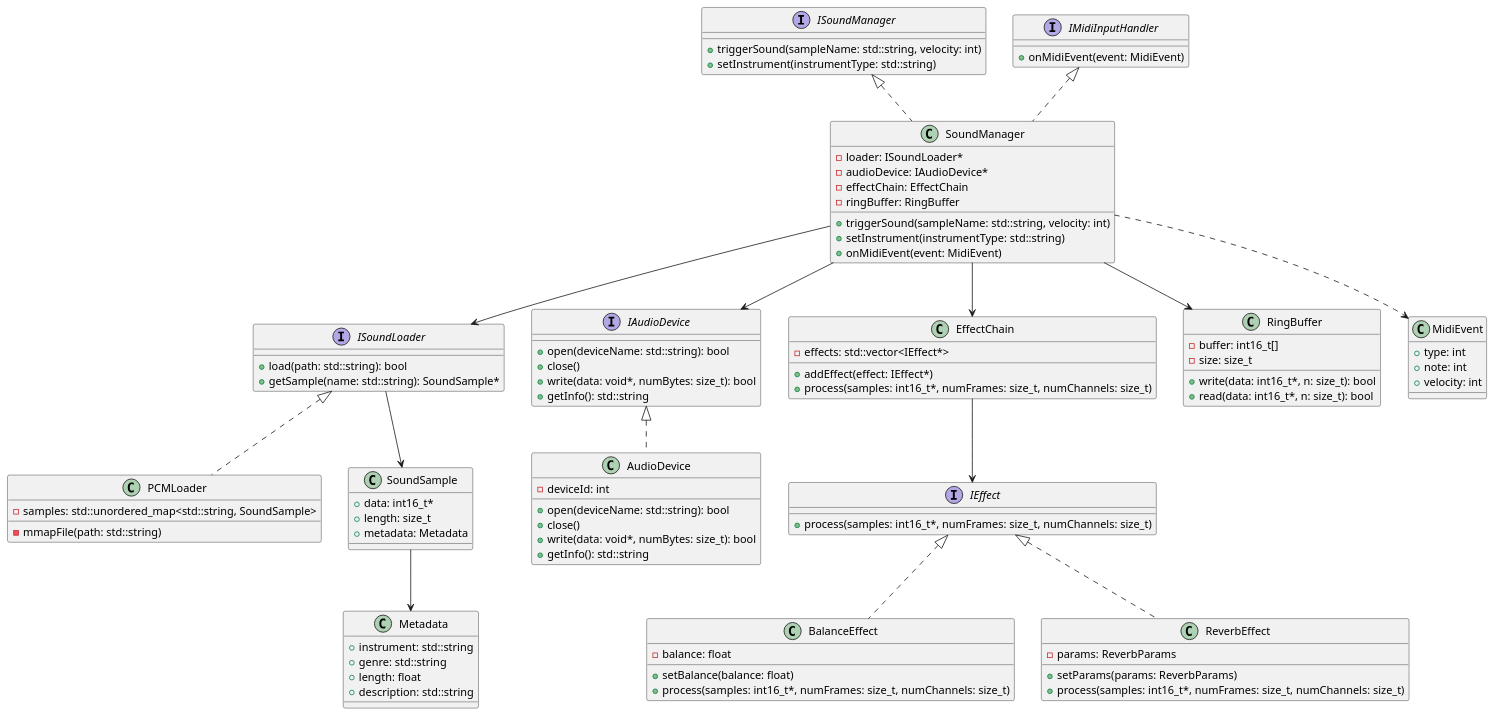
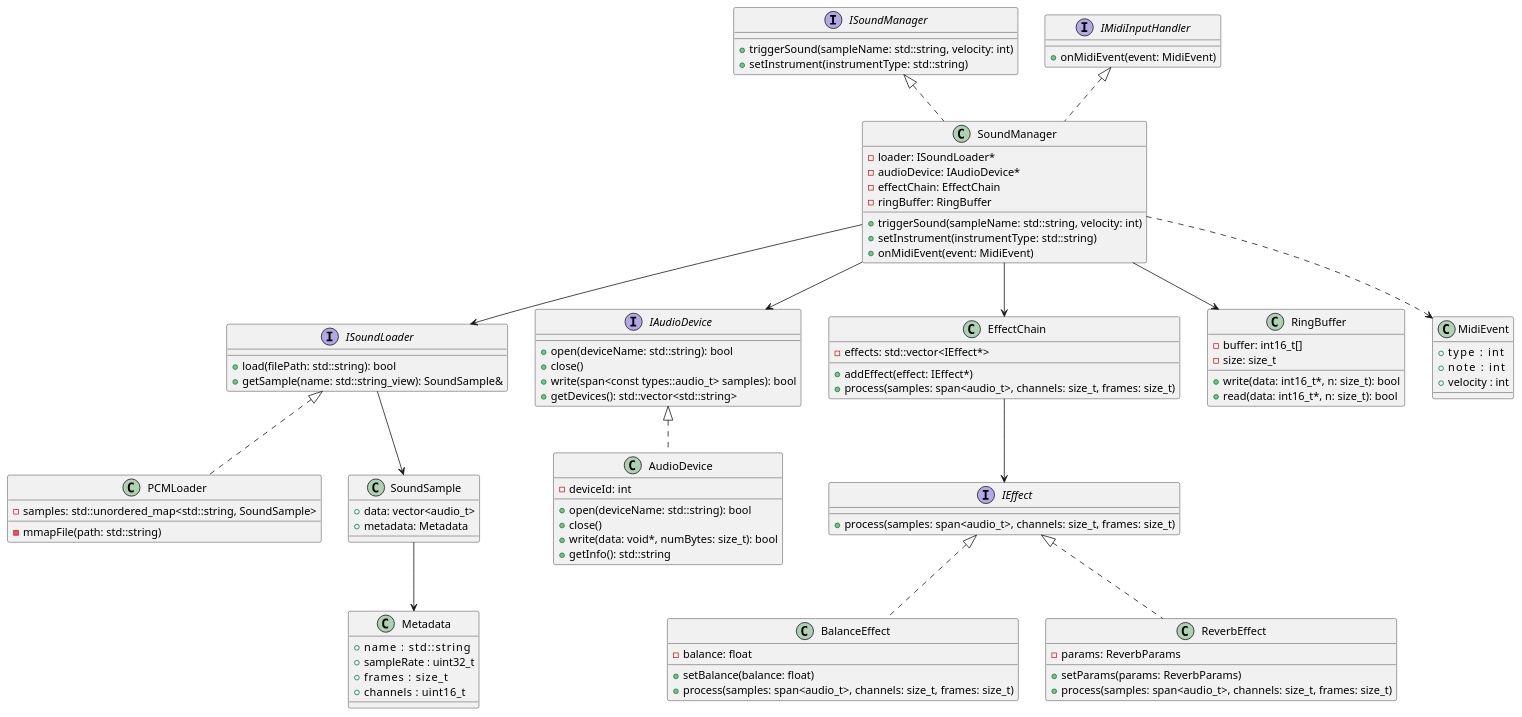
One commit to kaan0/RpiSound changed the diagram in architecture.puml. Above: the diagram before and after it, drawn with PlantUML. The commit also changed 27 other files, not shown here.

Commit message:
Reimplementation according to new  architecture

```diff
--- a/architecture.puml
+++ b/architecture.puml
@@ -1,105 +1,104 @@
 @startuml
 ' ====== Interfaces ======
 interface ISoundLoader {
-    +load(path: std::string): bool
-    +getSample(name: std::string): SoundSample*
+    +load(filePath: std::string): bool
+    +getSample(name: std::string_view): SoundSample&
 }
 
 interface ISoundManager {
     +triggerSound(sampleName: std::string, velocity: int)
     +setInstrument(instrumentType: std::string)
 }
 
 interface IAudioDevice {
     +open(deviceName: std::string): bool
     +close()
-    +write(data: void*, numBytes: size_t): bool
-    +getInfo(): std::string
+    +write(span<const types::audio_t> samples): bool
+    +getDevices(): std::vector<std::string>
 }
 
 interface IMidiInputHandler {
     +onMidiEvent(event: MidiEvent)
 }
 
 interface IEffect {
-    +process(samples: int16_t*, numFrames: size_t, numChannels: size_t)
+    +process(samples: span<audio_t>, channels: size_t, frames: size_t)
 }
 
 ' ====== Concrete Classes ======
 class PCMLoader implements ISoundLoader {
-    - mmapFile(path: std::string)
-    - samples: std::unordered_map<std::string, SoundSample>
+    -mmapFile(path: std::string)
+    -samples: std::unordered_map<std::string, SoundSample>
 }
 
 class SoundSample {
-    +data: int16_t*
-    +length: size_t
+    +data: vector<audio_t>
     +metadata: Metadata
 }
 
 class SoundManager implements ISoundManager, IMidiInputHandler {
-    - loader: ISoundLoader*
-    - audioDevice: IAudioDevice*
-    - effectChain: EffectChain
-    - ringBuffer: RingBuffer
+    -loader: ISoundLoader*
+    -audioDevice: IAudioDevice*
+    -effectChain: EffectChain
+    -ringBuffer: RingBuffer
     +triggerSound(sampleName: std::string, velocity: int)
     +setInstrument(instrumentType: std::string)
     +onMidiEvent(event: MidiEvent)
 }
 
 class AudioDevice implements IAudioDevice {
-    - deviceId: int
+    -deviceId: int
     +open(deviceName: std::string): bool
     +close()
     +write(data: void*, numBytes: size_t): bool
     +getInfo(): std::string
 }
 
 class EffectChain {
-    - effects: std::vector<IEffect*>
+    -effects: std::vector<IEffect*>
     +addEffect(effect: IEffect*)
-    +process(samples: int16_t*, numFrames: size_t, numChannels: size_t)
+    +process(samples: span<audio_t>, channels: size_t, frames: size_t)
 }
 
 class BalanceEffect implements IEffect {
-    - balance: float
+    -balance: float
     +setBalance(balance: float)
-    +process(samples: int16_t*, numFrames: size_t, numChannels: size_t)
+    +process(samples: span<audio_t>, channels: size_t, frames: size_t)
 }
 
 class ReverbEffect implements IEffect {
-    - params: ReverbParams
+    -params: ReverbParams
     +setParams(params: ReverbParams)
-    +process(samples: int16_t*, numFrames: size_t, numChannels: size_t)
+    +process(samples: span<audio_t>, channels: size_t, frames: size_t)
 }
 
 class RingBuffer {
-    - buffer: int16_t[]
-    - size: size_t
+    -buffer: int16_t[]
+    -size: size_t
     +write(data: int16_t*, n: size_t): bool
     +read(data: int16_t*, n: size_t): bool
 }
 
 class Metadata {
-    +instrument: std::string
-    +genre: std::string
-    +length: float
-    +description: std::string
+    +name       : std::string
+    +sampleRate : uint32_t
+    +frames     : size_t
+    +channels   : uint16_t
 }
 
 class MidiEvent {
-    +type: int
-    +note: int
-    +velocity: int
+    +type     : int
+    +note     : int
+    +velocity : int
 }
 
 ' ====== Relationships ======
 SoundManager --> ISoundLoader
 SoundManager --> IAudioDevice
 SoundManager --> EffectChain
 SoundManager --> RingBuffer
 EffectChain --> IEffect
 ISoundLoader --> SoundSample
 SoundSample --> Metadata
 SoundManager ..> MidiEvent
 @enduml
```
